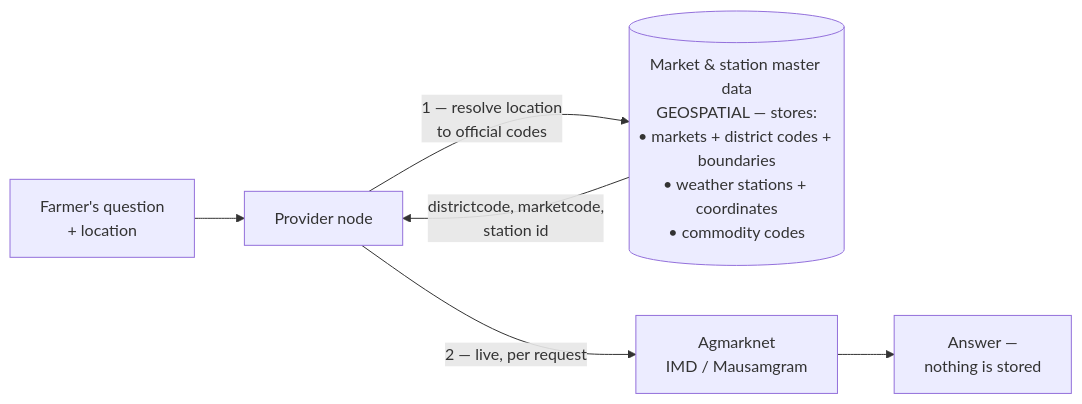
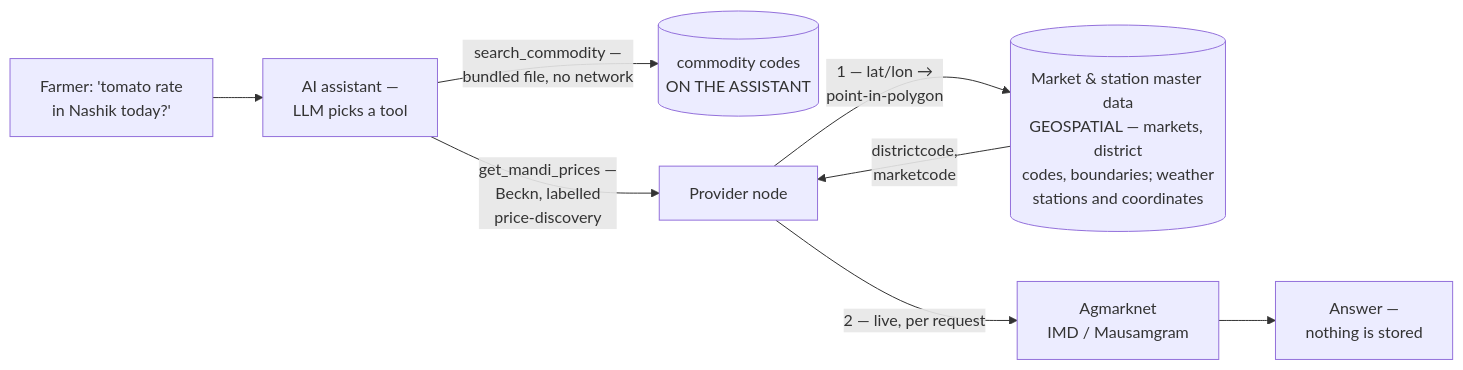
The first of 5 diagrams in ARCHITECTURE.md (manjudr/documents), drawn with Mermaid before and after one commit. The commit also changed other lines of this file, not shown here.

Commit message:
Fix live-data diagram: show tool selection, correct commodity code location

````diff
--- a/ARCHITECTURE.md
+++ b/ARCHITECTURE.md
@@ -67,8 +67,10 @@
 ```mermaid
 graph LR
-  Q["Farmer's question<br/>+ location"] --> N["Provider node"]
-  N -->|"1 — resolve location<br/>to official codes"| R[("Market &amp; station master data<br/>GEOSPATIAL — stores:<br/>• markets + district codes + boundaries<br/>• weather stations + coordinates<br/>• commodity codes")]
-  R -->|"districtcode, marketcode,<br/>station id"| N
+  Q["Farmer: 'tomato rate<br/>in Nashik today?'"] --> AI["AI assistant —<br/>LLM picks a tool"]
+  AI -->|"search_commodity —<br/>bundled file, no network"| CC[("commodity codes<br/>ON THE ASSISTANT")]
+  AI -->|"get_mandi_prices —<br/>Beckn, labelled<br/>price-discovery"| N["Provider node"]
+  N -->|"1 — lat/lon →<br/>point-in-polygon"| R[("Market &amp; station master data<br/>GEOSPATIAL — markets, district<br/>codes, boundaries; weather<br/>stations and coordinates")]
+  R -->|"districtcode,<br/>marketcode"| N
   N -->|"2 — live, per request"| E["Agmarknet<br/>IMD / Mausamgram"]
   E --> A["Answer —<br/>nothing is stored"]
 ```
````
